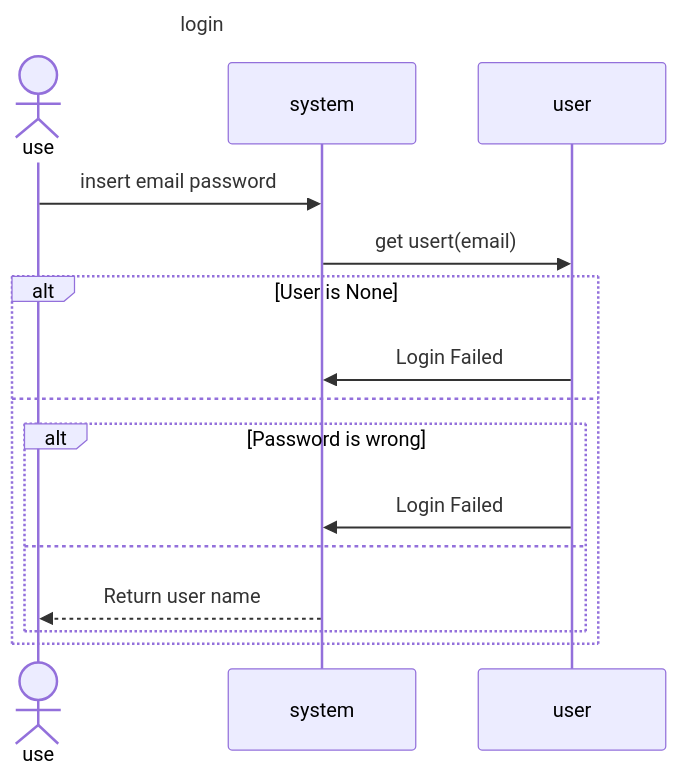
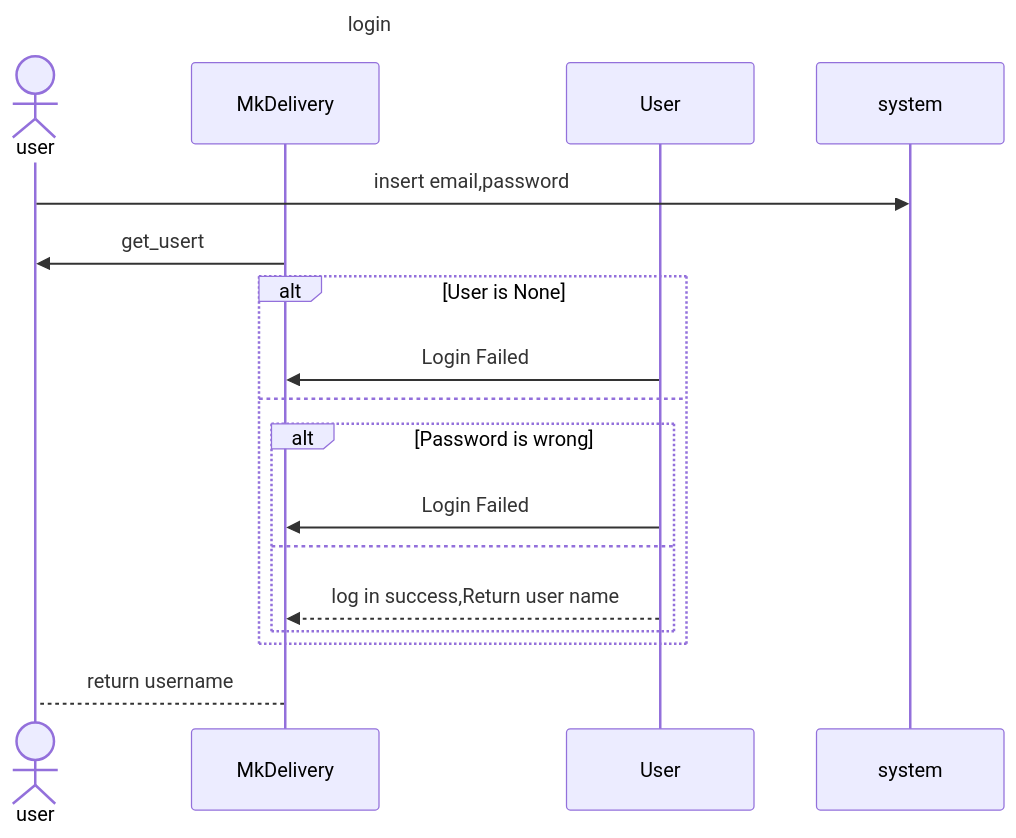
One commit to MxMhx/OOP_Project_MK_website changed the diagram in sequence_diag/auth/login.mmd. Above: the diagram before and after it, drawn with Mermaid. The commit also changed other lines of this file, not shown here.

Commit message:
fix sq login

```diff
--- a/sequence_diag/auth/login.mmd
+++ b/sequence_diag/auth/login.mmd
@@ -1,16 +1,17 @@
 sequenceDiagram
     title login
-    actor use
-    participant system
-    participant user
-    use ->> system :insert email password
-    system ->> user :get usert(email)
+    actor user
+    participant MkDelivery
+    participant User
+    user ->> system :insert email,password
+    MkDelivery ->> user :get_usert
     alt User is None
-        user->>system: Login Failed
+        User ->> MkDelivery: Login Failed
     else
         alt Password is wrong
-            user->>system: Login Failed
+            User ->> MkDelivery: Login Failed
         else
-            system-->>use: Return user name
+            User -->> MkDelivery: log in success,Return user name
         end
     end
+    MkDelivery --> user: return username
```
